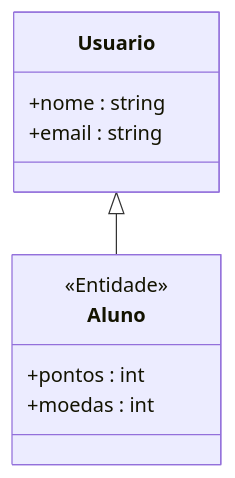
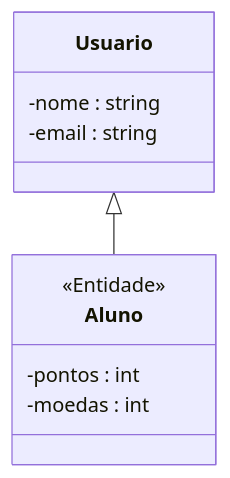
One commit to MayconDIS/PIM_III-Documentacao_UML changed the first of 2 diagrams in 02_Modelagem_UML_Astah/UC02_Cadastrar_Usuario/README.md. Above: the diagram before and after it, drawn with Mermaid. The commit also changed other lines of this file and 14 other files, not shown here.

Commit message:
docs(casos-uso): injeta fluxos normais e alternativos nos READMEs e atualiza mermaid

````diff
--- a/02_Modelagem_UML_Astah/UC02_Cadastrar_Usuario/README.md
+++ b/02_Modelagem_UML_Astah/UC02_Cadastrar_Usuario/README.md
@@ -42,13 +46,13 @@
 ```mermaid
 classDiagram
     Usuario <|-- Aluno
     class Usuario {
-        +nome : string
-        +email : string
+        -nome : string
+        -email : string
     }
     class Aluno {
         <<Entidade>>
-        +pontos : int
-        +moedas : int
+        -pontos : int
+        -moedas : int
     }
 ```
````
